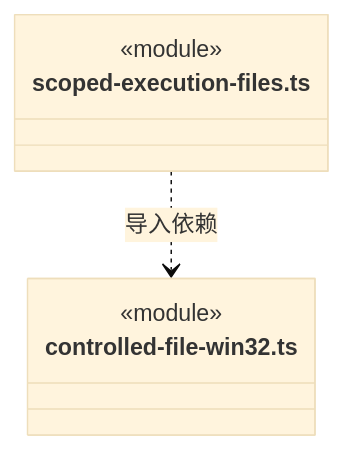
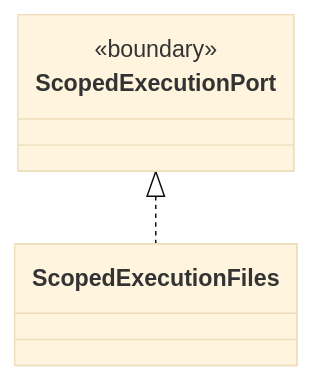
One commit to nan023062/cbim changed the second of 2 diagrams in src/logic/file-operations/platform/files/ARCHITECTURE.md. Above: the diagram before and after it, drawn with Mermaid (base theme). The commit also changed other lines of this file and 158 other files, not shown here.

Commit message:
docs: model architecture through nested virtual encapsulations

````diff
--- a/src/logic/file-operations/platform/files/ARCHITECTURE.md
+++ b/src/logic/file-operations/platform/files/ARCHITECTURE.md
@@ -393,10 +47,10 @@
 ```mermaid
 classDiagram
-class N_src_logic_file_operations_platform_files_scoped_execution_files_ts["scoped-execution-files.ts"] {
-  <<module>>
+class N_182e20f4398d["ScopedExecutionFiles"]
+click N_182e20f4398d href "scoped-execution-files.ts"
+class N_de497febb0e9["ScopedExecutionPort"] {
+  <<boundary>>
 }
-class N_src_logic_file_operations_platform_files_controlled_file_win32_ts["controlled-file-win32.ts"] {
-  <<module>>
-}
-N_src_logic_file_operations_platform_files_scoped_execution_files_ts ..> N_src_logic_file_operations_platform_files_controlled_file_win32_ts : 导入依赖
+click N_de497febb0e9 href "../../../execution/rules/capabilities/run-scoped-execution.ts"
+N_de497febb0e9 <|.. N_182e20f4398d
 ```
````
